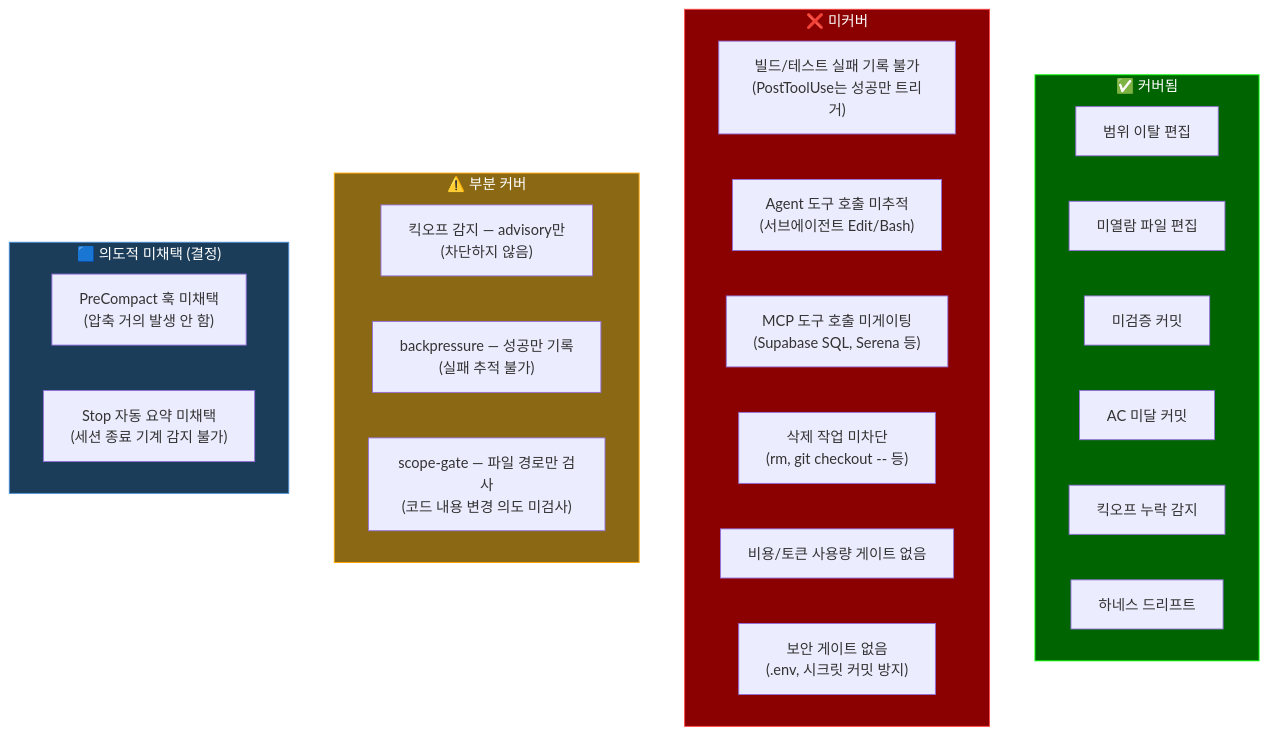
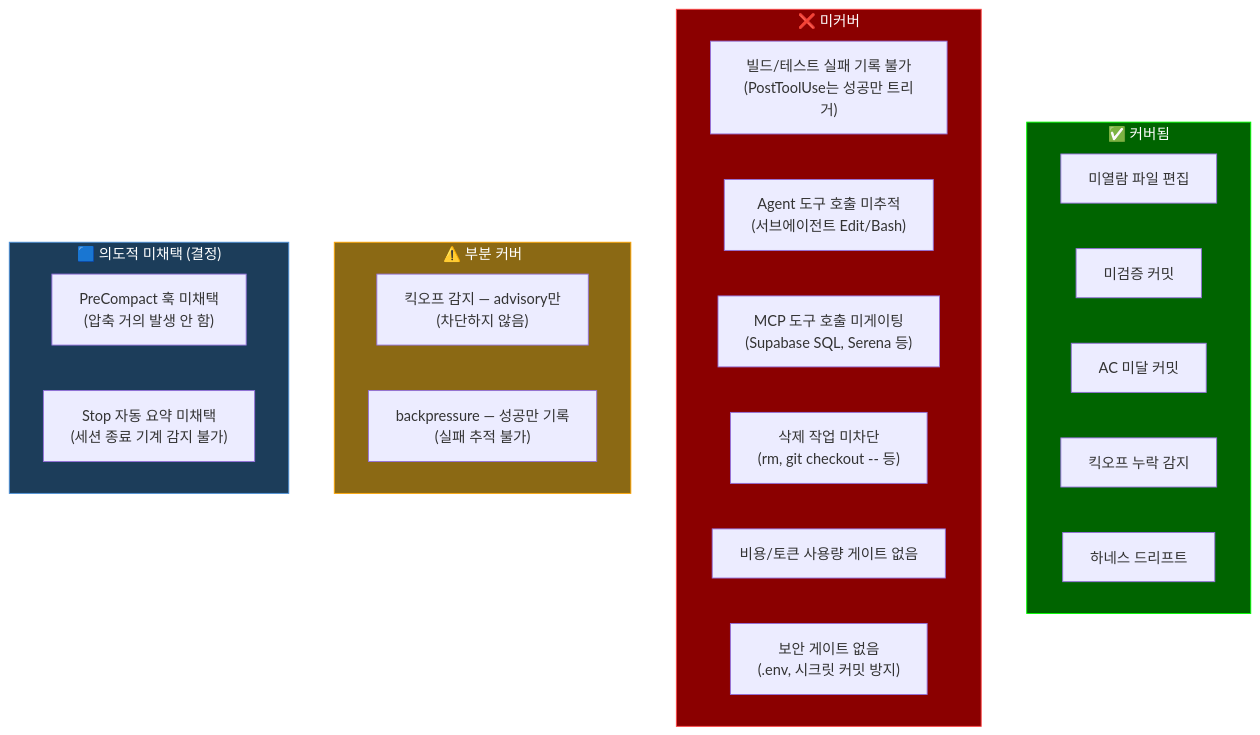
Before and after one commit to rae-hugo-kim/claude: the fifth of 7 diagrams in docs/architecture/harness-architecture.md, drawn with Mermaid. The commit also changed other lines of this file and 17 other files, not shown here.

````diff
--- a/docs/architecture/harness-architecture.md
+++ b/docs/architecture/harness-architecture.md
@@ -219,36 +208,34 @@
 ```mermaid
 flowchart TB
     subgraph covered["✅ 커버됨"]
-        C1[범위 이탈 편집]
         C2[미열람 파일 편집]
         C3[미검증 커밋]
         C4[AC 미달 커밋]
         C5[킥오프 누락 감지]
         C6[하네스 드리프트]
     end
 
     subgraph gaps["❌ 미커버"]
         G1["빌드/테스트 실패 기록 불가<br/>(PostToolUse는 성공만 트리거)"]
         G2["Agent 도구 호출 미추적<br/>(서브에이전트 Edit/Bash)"]
         G3["MCP 도구 호출 미게이팅<br/>(Supabase SQL, Serena 등)"]
         G4["삭제 작업 미차단<br/>(rm, git checkout -- 등)"]
         G5["비용/토큰 사용량 게이트 없음"]
         G6["보안 게이트 없음<br/>(.env, 시크릿 커밋 방지)"]
     end
 
     subgraph partial["⚠️ 부분 커버"]
         P1["킥오프 감지 — advisory만<br/>(차단하지 않음)"]
         P2["backpressure — 성공만 기록<br/>(실패 추적 불가)"]
-        P3["scope-gate — 파일 경로만 검사<br/>(코드 내용 변경 의도 미검사)"]
     end
 
     subgraph decided["🟦 의도적 미채택 (결정)"]
         G7["PreCompact 훅 미채택<br/>(압축 거의 발생 안 함)"]
         G8["Stop 자동 요약 미채택<br/>(세션 종료 기계 감지 불가)"]
     end
 
     style gaps fill:#8b0000,stroke:#ff4444,color:#fff
     style partial fill:#8b6914,stroke:#ffa500,color:#fff
     style decided fill:#1c3d5a,stroke:#4a90d9,color:#fff
     style covered fill:#006400,stroke:#00ff00,color:#fff
 ```
````
